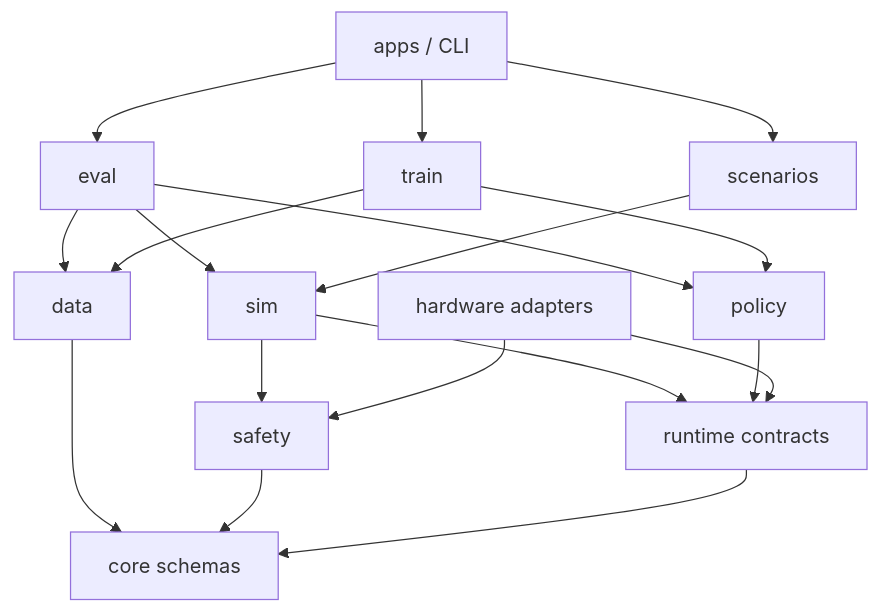
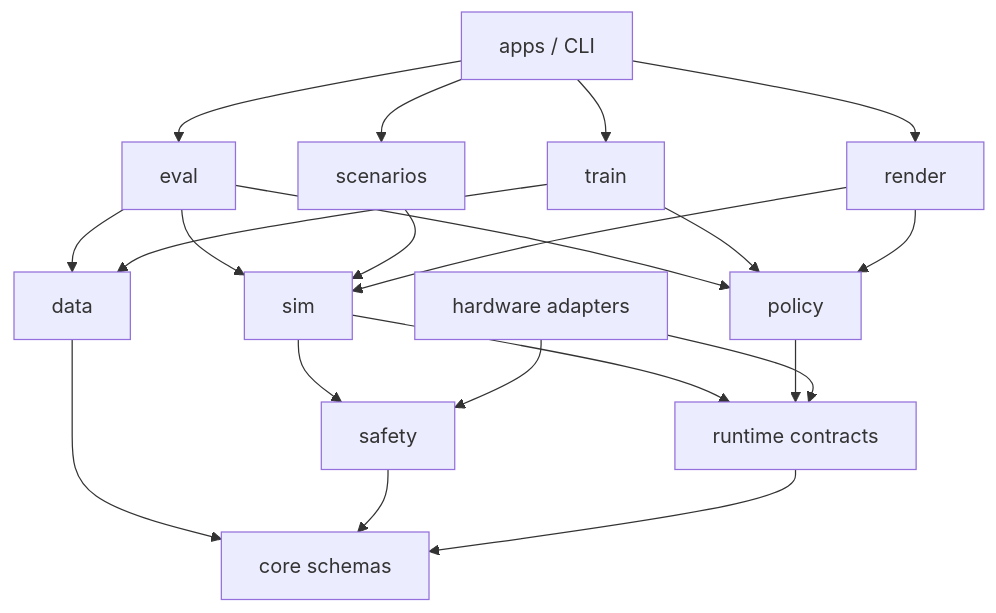
One commit to louisyoungx/hwr changed the first of 2 diagrams in docs/architecture.md. Above: the diagram before and after it, drawn with Mermaid. The commit also changed other lines of this file, not shown here.

````diff
--- a/docs/architecture.md
+++ b/docs/architecture.md
@@ -21,20 +21,23 @@
 ```mermaid
 flowchart TB
     A[apps / CLI] --> B[eval]
     A --> C[train]
     A --> D[scenarios]
+    A --> L[render]
     B --> E[policy]
     B --> F[sim]
     B --> G[data]
     C --> E
     C --> G
     D --> F
     F --> H[runtime contracts]
     F --> I[safety]
     E --> H
     G --> J[core schemas]
     I --> J
     H --> J
     K[hardware adapters] --> H
     K --> I
+    L --> F
+    L --> E
 ```
````
